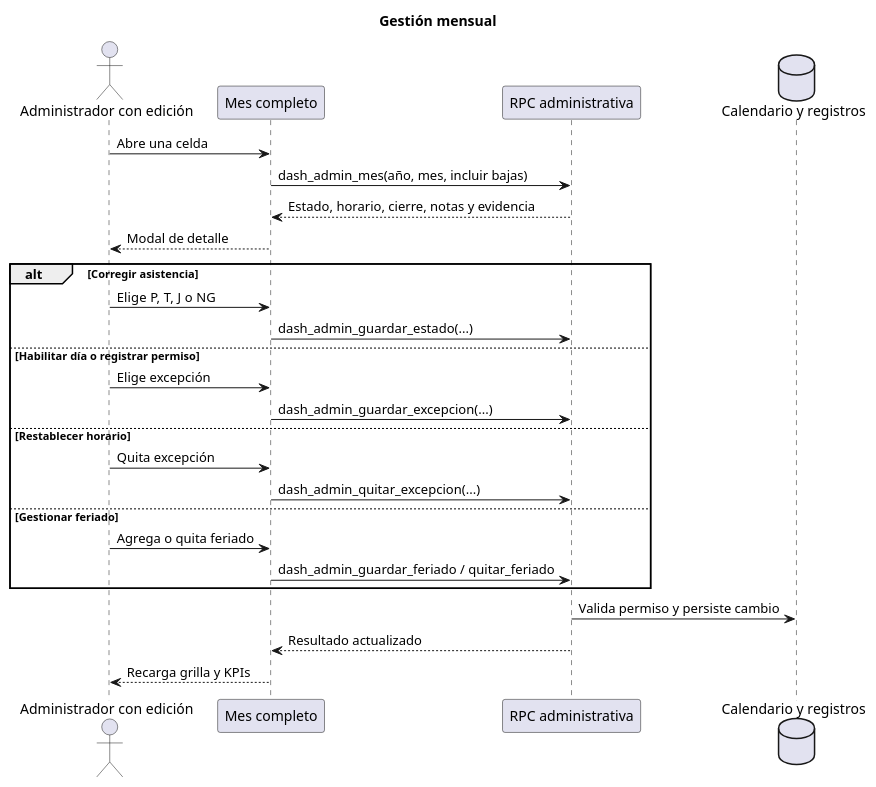
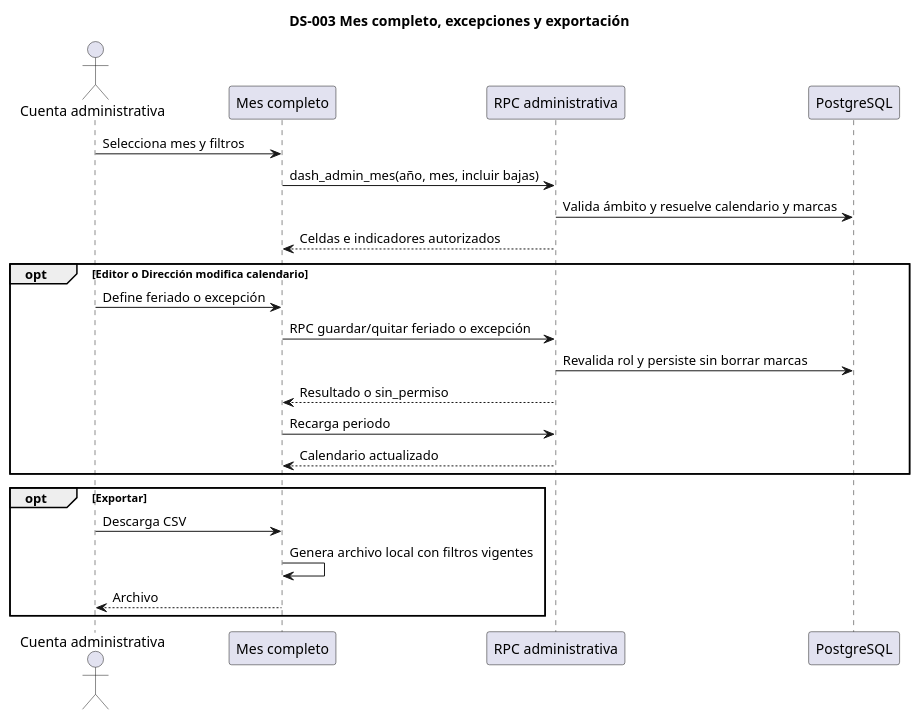
One commit to kjabienestar-ux/KJA changed the third of 22 diagrams in docs/21-diagramas-secuencia-administracion-plantuml.md. Above: the diagram before and after it, drawn with PlantUML. The commit also changed other lines of this file and 4 other files, not shown here.

````diff
--- a/docs/21-diagramas-secuencia-administracion-plantuml.md
+++ b/docs/21-diagramas-secuencia-administracion-plantuml.md
@@ -73,30 +90,26 @@
 ```plantuml
 @startuml
-title Gestión mensual
-actor "Administrador con edición" as Admin
-participant "Mes completo" as Web
-participant "RPC administrativa" as RPC
-database "Calendario y registros" as DB
-
-Admin -> Web: Abre una celda
-Web -> RPC: dash_admin_mes(año, mes, incluir bajas)
-RPC --> Web: Estado, horario, cierre, notas y evidencia
-Web --> Admin: Modal de detalle
-alt Corregir asistencia
-  Admin -> Web: Elige P, T, J o NG
-  Web -> RPC: dash_admin_guardar_estado(...)
-else Habilitar día o registrar permiso
-  Admin -> Web: Elige excepción
-  Web -> RPC: dash_admin_guardar_excepcion(...)
-else Restablecer horario
-  Admin -> Web: Quita excepción
-  Web -> RPC: dash_admin_quitar_excepcion(...)
-else Gestionar feriado
-  Admin -> Web: Agrega o quita feriado
-  Web -> RPC: dash_admin_guardar_feriado / quitar_feriado
+title DS-003 Mes completo, excepciones y exportación
+actor "Cuenta administrativa" as U
+participant "Mes completo" as W
+participant "RPC administrativa" as R
+participant "PostgreSQL" as B
+U -> W: Selecciona mes y filtros
+W -> R: dash_admin_mes(año, mes, incluir bajas)
+R -> B: Valida ámbito y resuelve calendario y marcas
+R --> W: Celdas e indicadores autorizados
+opt Editor o Dirección modifica calendario
+U -> W: Define feriado o excepción
+W -> R: RPC guardar/quitar feriado o excepción
+R -> B: Revalida rol y persiste sin borrar marcas
+R --> W: Resultado o sin_permiso
+W -> R: Recarga periodo
+R --> W: Calendario actualizado
 end
-RPC -> DB: Valida permiso y persiste cambio
-RPC --> Web: Resultado actualizado
-Web --> Admin: Recarga grilla y KPIs
+opt Exportar
+U -> W: Descarga CSV
+W -> W: Genera archivo local con filtros vigentes
+W --> U: Archivo
+end
 @enduml
 ```
````
